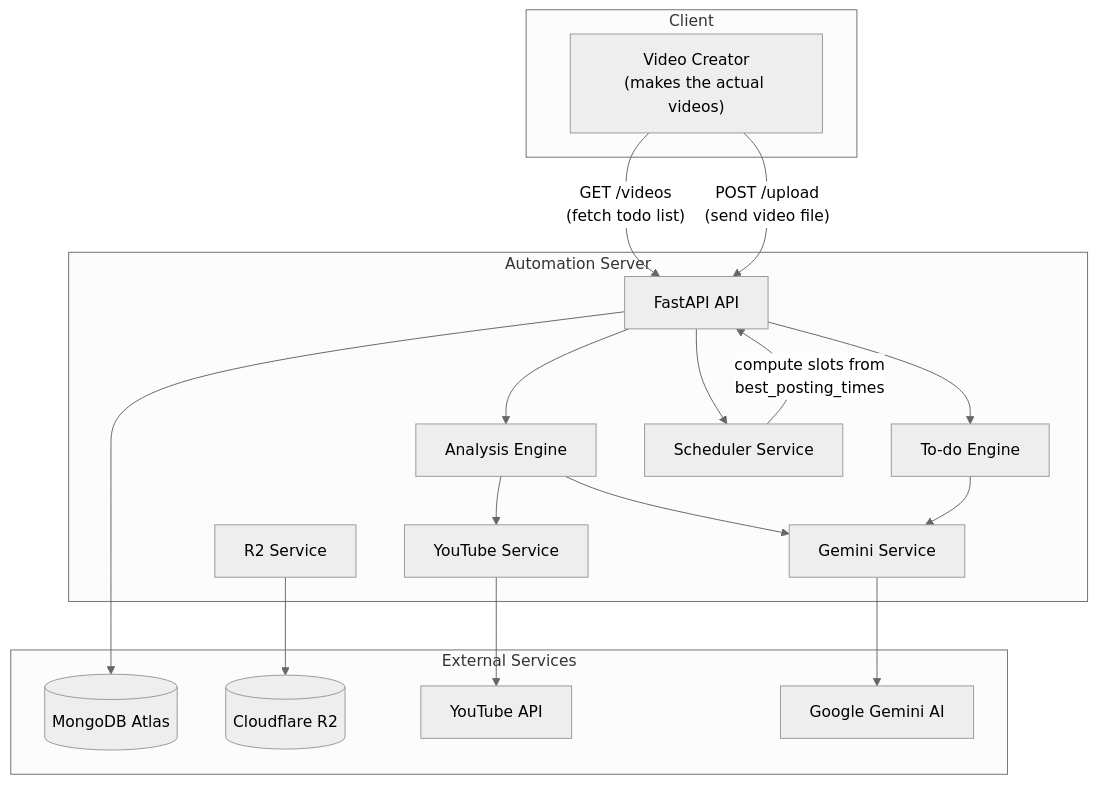
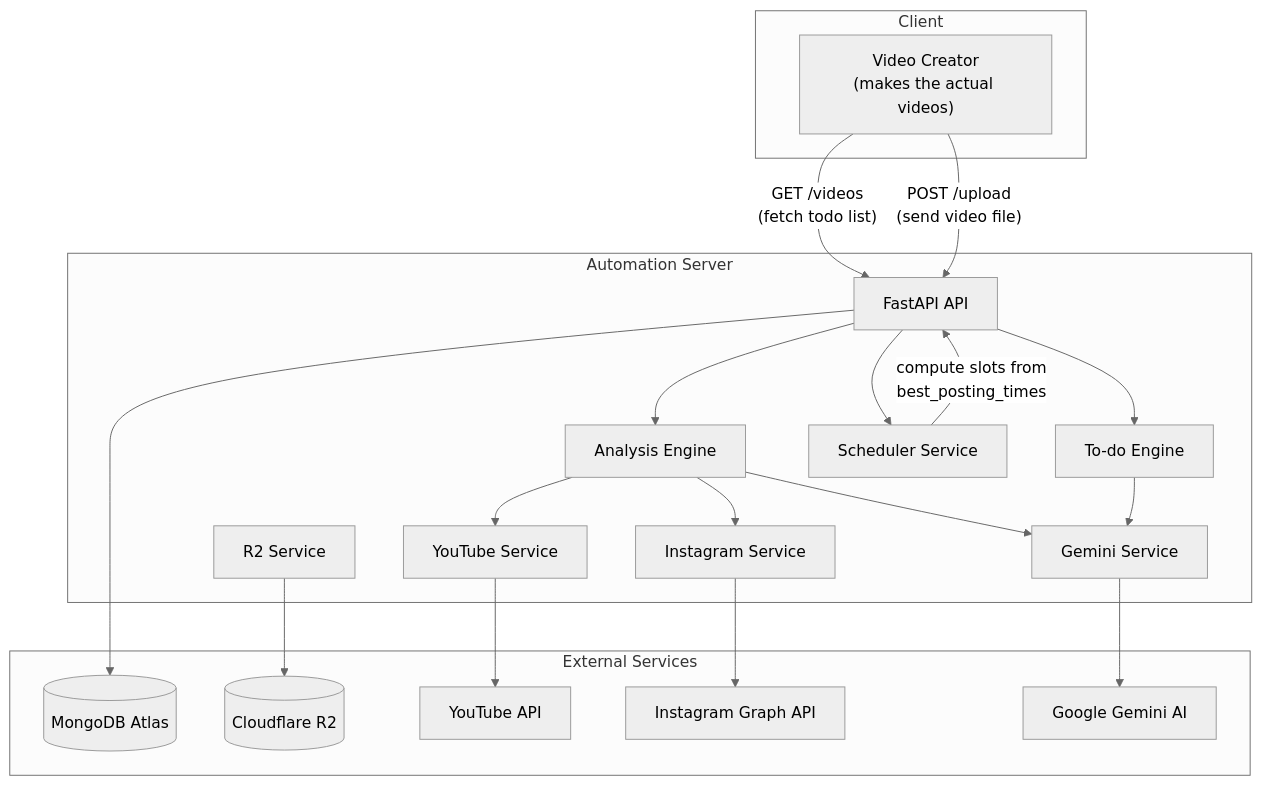
Before and after one commit to pratham2908/server-automation: the second of 8 diagrams in DOCUMENTATION.md, drawn with Mermaid (neutral theme). The commit also changed other lines of this file and 14 other files, not shown here.

````diff
--- a/DOCUMENTATION.md
+++ b/DOCUMENTATION.md
@@ -1673,41 +1718,45 @@
 ```mermaid
 flowchart TB
     subgraph client [Client]
         VideoCreator["Video Creator\n(makes the actual videos)"]
     end
 
     subgraph server [Automation Server]
         API["FastAPI API"]
         AnalysisEngine["Analysis Engine"]
         TodoEngine["To-do Engine"]
         Scheduler["Scheduler Service"]
         GeminiSvc["Gemini Service"]
         YTSvc["YouTube Service"]
+        IGSvc["Instagram Service"]
         R2Svc["R2 Service"]
     end
 
     subgraph external [External Services]
         MongoDB[(MongoDB Atlas)]
         R2[(Cloudflare R2)]
         YouTube["YouTube API"]
+        Instagram["Instagram Graph API"]
         Gemini["Google Gemini AI"]
     end
 
     VideoCreator -->|"GET /videos\n(fetch todo list)"| API
     VideoCreator -->|"POST /upload\n(send video file)"| API
 
     API --> AnalysisEngine
     API --> TodoEngine
     API --> Scheduler
 
     AnalysisEngine --> GeminiSvc
     AnalysisEngine --> YTSvc
+    AnalysisEngine --> IGSvc
     TodoEngine --> GeminiSvc
 
     Scheduler -->|"compute slots from\nbest_posting_times"| API
 
     GeminiSvc --> Gemini
     YTSvc --> YouTube
+    IGSvc --> Instagram
     R2Svc --> R2
     API --> MongoDB
 ```
````
